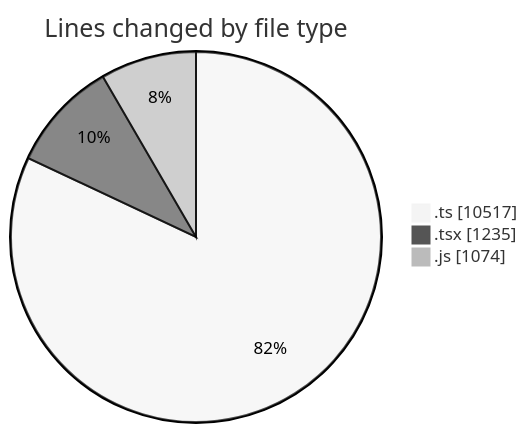
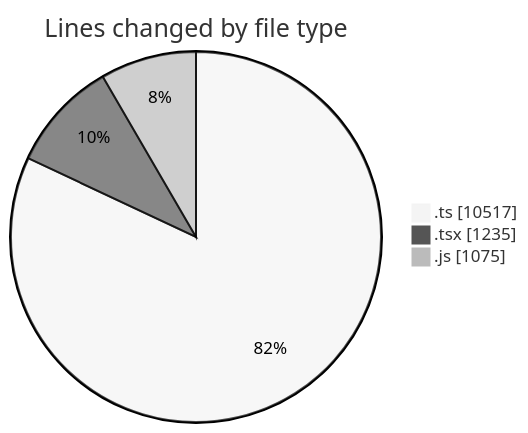
One commit to momahboobian/code-tracking changed the first of 2 diagrams in 2025-06-23/cda/README.md. Above: the diagram before and after it, drawn with Mermaid (neutral theme). The commit also changed other lines of this file and 1 other file, not shown here.

````diff
--- a/2025-06-23/cda/README.md
+++ b/2025-06-23/cda/README.md
@@ -30,7 +30,7 @@
 ```mermaid
 pie showData
 title Lines changed by file type
 ".ts" : 10517
 ".tsx" : 1235
-".js" : 1074
+".js" : 1075
 ```
````
